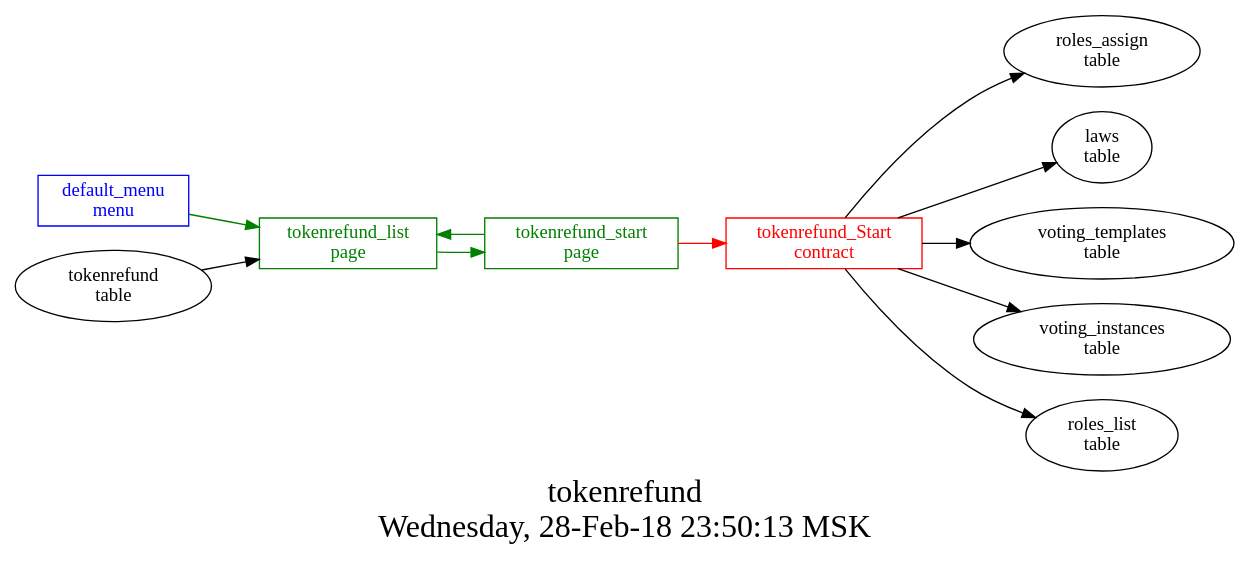
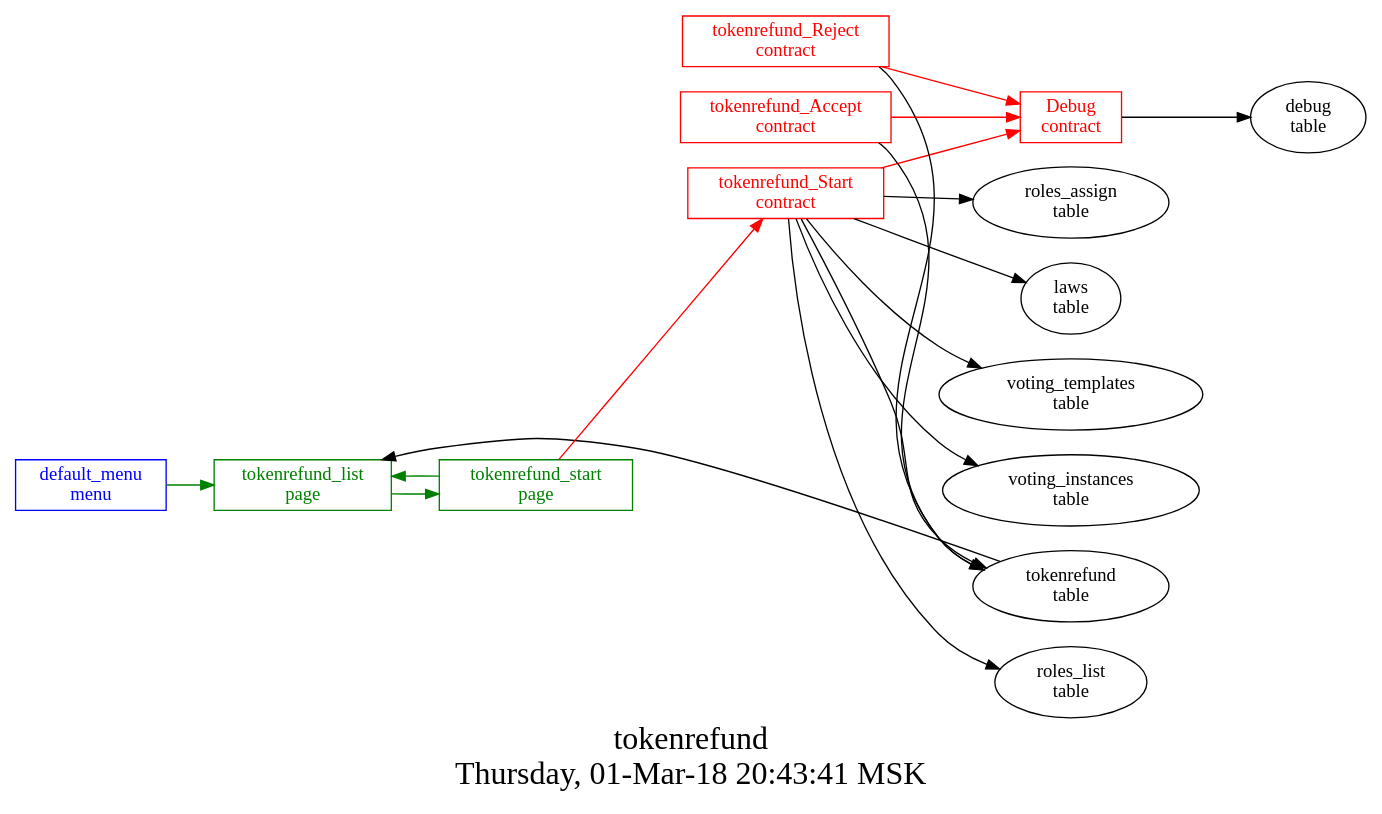
One commit to AplaProject/apps changed the diagram in src/tokenrefund/struct.dot. Above: the diagram before and after it, drawn with Graphviz. The commit also changed 9 other files, not shown here.

```diff
--- a/src/tokenrefund/struct.dot
+++ b/src/tokenrefund/struct.dot
@@ -1,26 +1,37 @@
 digraph G {
 graph [
   fontsize="24";
-  label="tokenrefund\nWednesday, 28-Feb-18 23:50:13 MSK";
+  label="tokenrefund\nThursday, 01-Mar-18 20:43:41 MSK";
   nojustify=true;
   ordering=out;
   rankdir=LR;
   size="30";
 ];
 "default_menu\nmenu" -> "tokenrefund_list\npage"  [ color=green ]
 "default_menu\nmenu" [color=blue, fontcolor=blue, group=menus, shape=record];
 "tokenrefund\ntable" -> "tokenrefund_list\npage"  [ color="" ]
 "tokenrefund_list\npage" -> "tokenrefund_start\npage"  [ color=green ]
 "tokenrefund_list\npage" [color=green, fontcolor=green, group=pages, shape=record];
 "tokenrefund_start\npage" -> "tokenrefund_Start\ncontract"  [ color=red ]
 "tokenrefund_start\npage" -> "tokenrefund_list\npage"  [ color=green ]
 "tokenrefund_start\npage" [color=green, fontcolor=green, group=pages, shape=record];
+"Debug\ncontract" -> "debug\ntable"  [ color="" ]
+"Debug\ncontract" [color=red, fontcolor=red, group=contracts, shape=record];
+"tokenrefund_Accept\ncontract" -> "Debug\ncontract"  [ color=red ]
+"tokenrefund_Accept\ncontract" -> "tokenrefund\ntable"  [ color="" ]
+"tokenrefund_Accept\ncontract" [color=red, fontcolor=red, group=contracts, shape=record];
+"tokenrefund_Reject\ncontract" -> "Debug\ncontract"  [ color=red ]
+"tokenrefund_Reject\ncontract" -> "tokenrefund\ntable"  [ color="" ]
+"tokenrefund_Reject\ncontract" [color=red, fontcolor=red, group=contracts, shape=record];
+"tokenrefund_Start\ncontract" -> "Debug\ncontract"  [ color=red ]
 "tokenrefund_Start\ncontract" -> "roles_assign\ntable"  [ color="" ]
 "tokenrefund_Start\ncontract" -> "laws\ntable"  [ color="" ]
 "tokenrefund_Start\ncontract" -> "voting_templates\ntable"  [ color="" ]
 "tokenrefund_Start\ncontract" -> "voting_instances\ntable"  [ color="" ]
+"tokenrefund_Start\ncontract" -> "tokenrefund\ntable"  [ color="" ]
 "tokenrefund_Start\ncontract" -> "roles_list\ntable"  [ color="" ]
 "tokenrefund_Start\ncontract" [color=red, fontcolor=red, group=contracts, shape=record];
+"debug\ntable" [color="", fontcolor="", group=tables, shape=""];
 "laws\ntable" [color="", fontcolor="", group=tables, shape=""];
 "tokenrefund\ntable" [color="", fontcolor="", group=tables, shape=""];
 }
```
